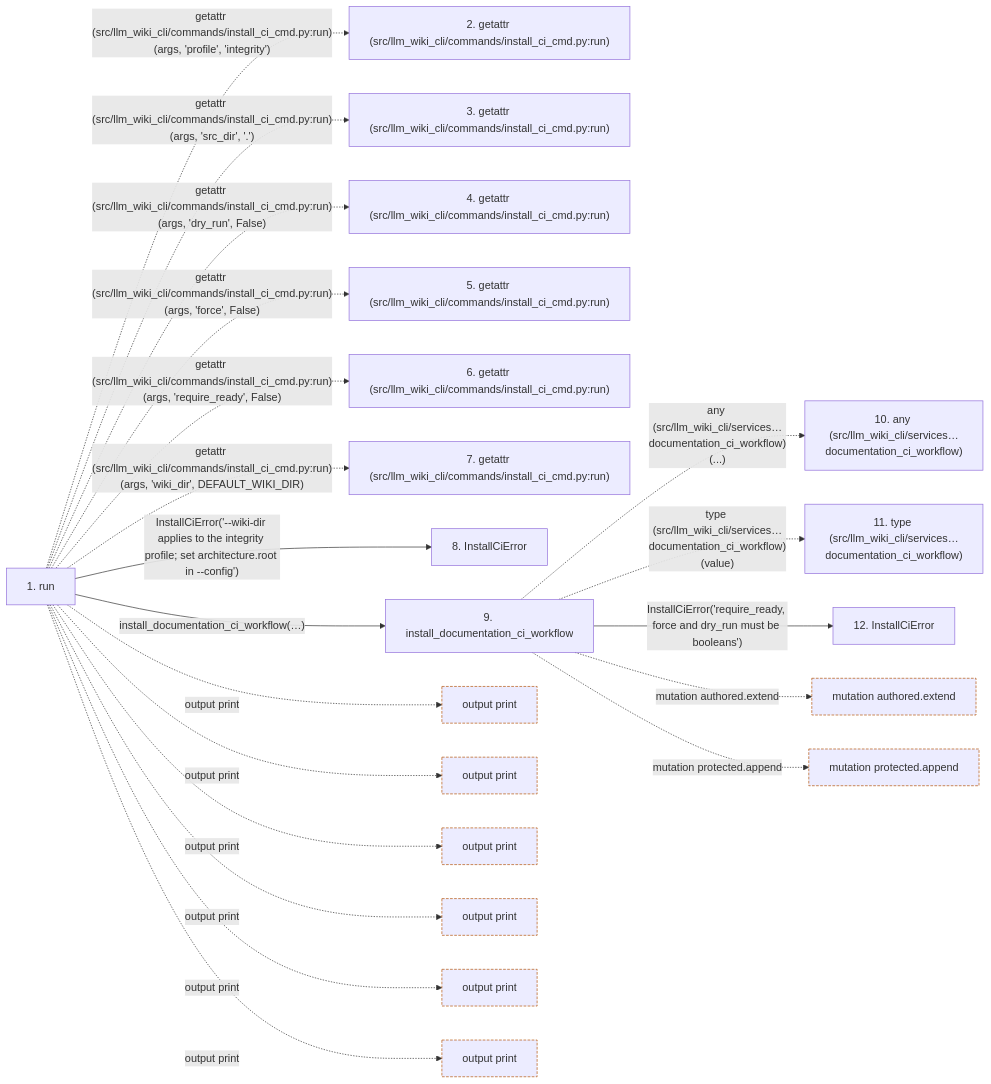
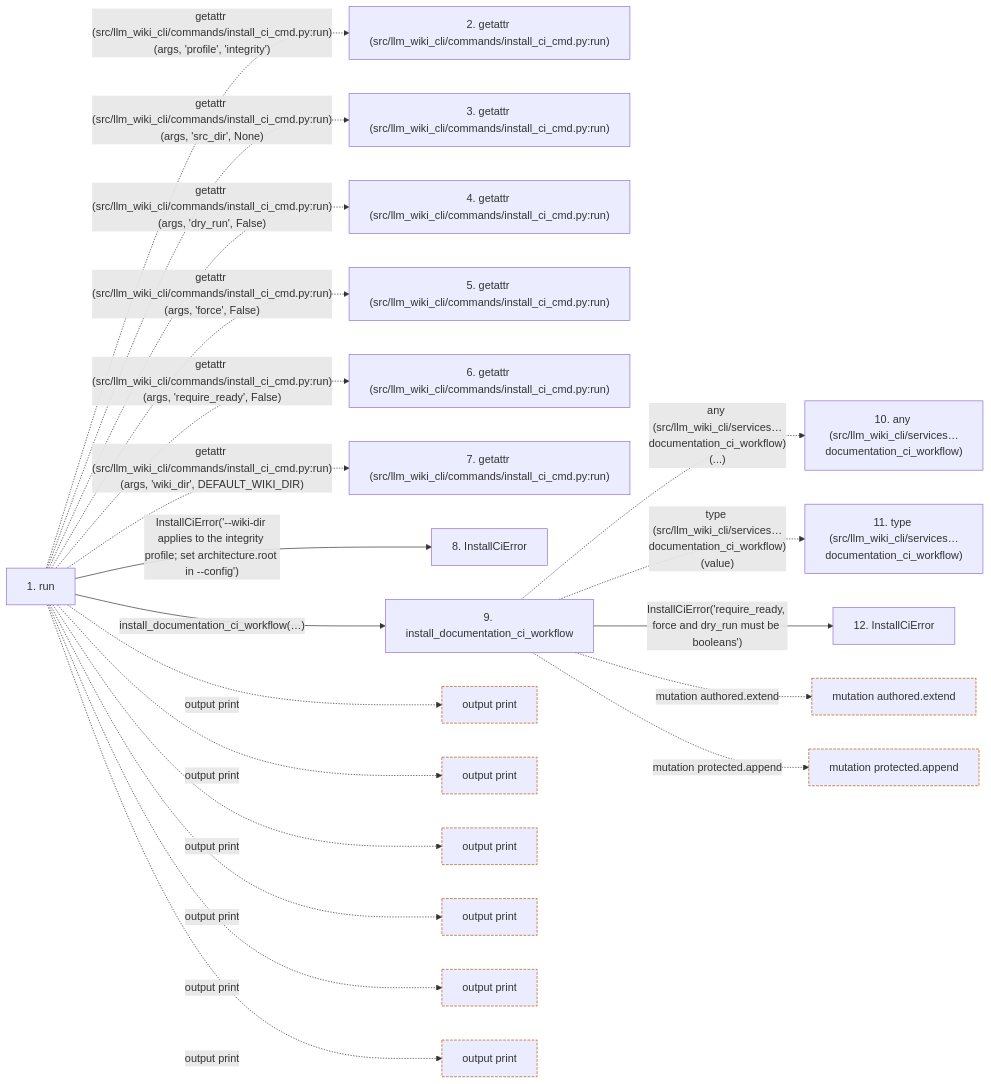
The second of 2 diagrams in docs/llm_wiki/flows/api-run-install_ci_cmd.md (Denissvgn/python-wiki-llm), drawn with Mermaid before and after one commit. The commit also changed other lines of this file and 338 other files, not shown here.

````diff
--- a/docs/llm_wiki/flows/api-run-install_ci_cmd.md
+++ b/docs/llm_wiki/flows/api-run-install_ci_cmd.md
@@ -151,55 +151,55 @@
 ```mermaid
 flowchart LR
     s1["1. run"]
     s2["2. getattr (src/llm_wiki_cli/commands/install_ci_cmd.py:run)"]
     s3["3. getattr (src/llm_wiki_cli/commands/install_ci_cmd.py:run)"]
     s4["4. getattr (src/llm_wiki_cli/commands/install_ci_cmd.py:run)"]
     s5["5. getattr (src/llm_wiki_cli/commands/install_ci_cmd.py:run)"]
     s6["6. getattr (src/llm_wiki_cli/commands/install_ci_cmd.py:run)"]
     s7["7. getattr (src/llm_wiki_cli/commands/install_ci_cmd.py:run)"]
     s8["8. InstallCiError"]
     s9["9. install_documentation_ci_workflow"]
     s10["10. any (src/llm_wiki_cli/services…documentation_ci_workflow)"]
     s11["11. type (src/llm_wiki_cli/services…documentation_ci_workflow)"]
     s12["12. InstallCiError"]
     s1 -. "getattr (src/llm_wiki_cli/commands/install_ci_cmd.py:run)(args, 'profile', 'integrity')" .-> s2
-    s1 -. "getattr (src/llm_wiki_cli/commands/install_ci_cmd.py:run)(args, 'src_dir', '.')" .-> s3
+    s1 -. "getattr (src/llm_wiki_cli/commands/install_ci_cmd.py:run)(args, 'src_dir', None)" .-> s3
     s1 -. "getattr (src/llm_wiki_cli/commands/install_ci_cmd.py:run)(args, 'dry_run', False)" .-> s4
     s1 -. "getattr (src/llm_wiki_cli/commands/install_ci_cmd.py:run)(args, 'force', False)" .-> s5
     s1 -. "getattr (src/llm_wiki_cli/commands/install_ci_cmd.py:run)(args, 'require_ready', False)" .-> s6
     s1 -. "getattr (src/llm_wiki_cli/commands/install_ci_cmd.py:run)(args, 'wiki_dir', DEFAULT_WIKI_DIR)" .-> s7
     s1 -->|"InstallCiError('--wiki-dir applies to the integrity profile; set architecture.root in --config')"| s8
     s1 -->|"install_documentation_ci_workflow(…)"| s9
     s9 -. "any (src/llm_wiki_cli/services…documentation_ci_workflow)(...)" .-> s10
     s9 -. "type (src/llm_wiki_cli/services…documentation_ci_workflow)(value)" .-> s11
     s9 -->|"InstallCiError('require_ready, force and dry_run must be booleans')"| s12
     b0["output print"]
     s1 -. "output print" .-> b0
     b1["output print"]
     s1 -. "output print" .-> b1
     b2["output print"]
     s1 -. "output print" .-> b2
     b3["output print"]
     s1 -. "output print" .-> b3
     b4["output print"]
     s1 -. "output print" .-> b4
     b5["output print"]
     s1 -. "output print" .-> b5
     b6["mutation authored.extend"]
     s9 -. "mutation authored.extend" .-> b6
     b7["mutation protected.append"]
     s9 -. "mutation protected.append" .-> b7
     click s1 "../modules/install_ci_cmd.md"
     click s8 "../modules/ci_installer.md"
     click s9 "../modules/ci_installer.md"
     click s12 "../modules/ci_installer.md"
     classDef boundary stroke:#b45309,stroke-dasharray: 4 2
     class b0 boundary
     class b1 boundary
     class b2 boundary
     class b3 boundary
     class b4 boundary
     class b5 boundary
     class b6 boundary
     class b7 boundary
 ```
````
